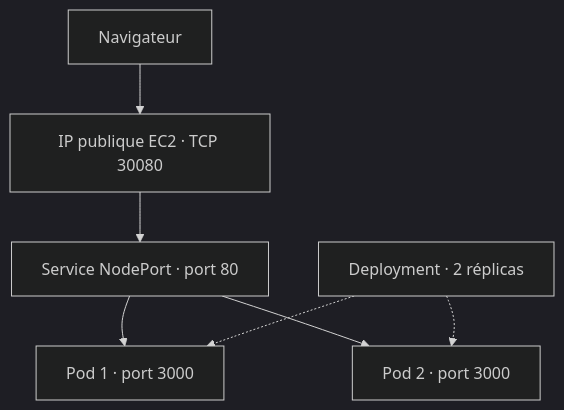
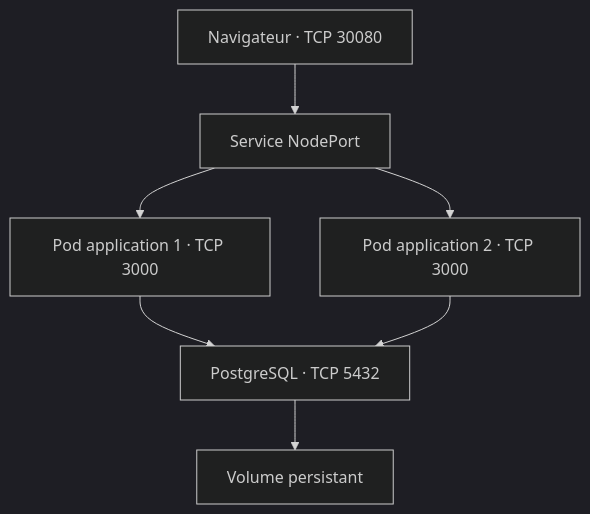
The diagram in README.md (M-Kallel/node.js.app), drawn with Mermaid (dark theme) before and after one commit. The commit also changed other lines of this file, not shown here.

Commit message:
Document TaskFlow 2.1 and PostgreSQL deployment

````diff
--- a/README.md
+++ b/README.md
@@ -46,9 +42,9 @@
 ```mermaid
 flowchart TD
-    A["Navigateur"] --> B["IP publique EC2 · TCP 30080"]
-    B --> C["Service NodePort · port 80"]
-    C --> D["Pod 1 · port 3000"]
-    C --> E["Pod 2 · port 3000"]
-    F["Deployment · 2 réplicas"] -.-> D
-    F -.-> E
+    A["Navigateur · TCP 30080"] --> B["Service NodePort"]
+    B --> C["Pod application 1 · TCP 3000"]
+    B --> D["Pod application 2 · TCP 3000"]
+    C --> E["PostgreSQL · TCP 5432"]
+    D --> E
+    E --> F["Volume persistant"]
 ```
````
